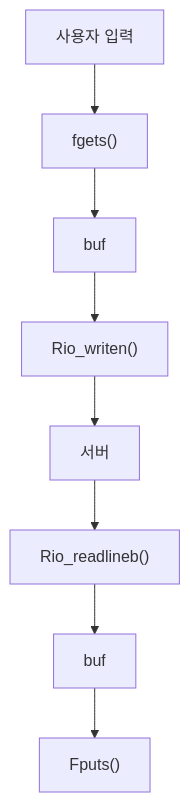
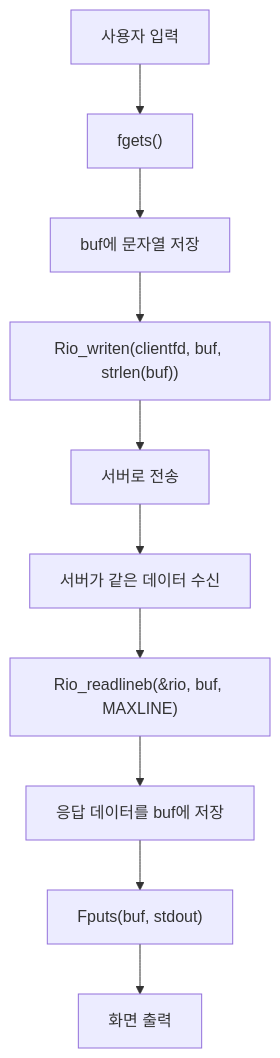
Before and after one commit to HyeYeonLee0112/SW-AI-W08-Webproxy-Lab: the fourth of 6 diagrams in docs/Study/echo.md, drawn with Mermaid. The commit also changed other lines of this file and 3 other files, not shown here.

````diff
--- a/docs/Study/echo.md
+++ b/docs/Study/echo.md
@@ -141,10 +158,12 @@
 ```mermaid
 flowchart TD
   A["사용자 입력"] --> B["fgets()"]
-  B --> C["buf"]
-  C --> D["Rio_writen()"]
-  D --> E["서버"]
-  E --> F["Rio_readlineb()"]
-  F --> G["buf"]
-  G --> H["Fputs()"]
+  B --> C["buf에 문자열 저장"]
+  C --> D["Rio_writen(clientfd, buf, strlen(buf))"]
+  D --> E["서버로 전송"]
+  E --> F["서버가 같은 데이터 수신"]
+  F --> G["Rio_readlineb(&rio, buf, MAXLINE)"]
+  G --> H["응답 데이터를 buf에 저장"]
+  H --> I["Fputs(buf, stdout)"]
+  I --> J["화면 출력"]
 ```
````
